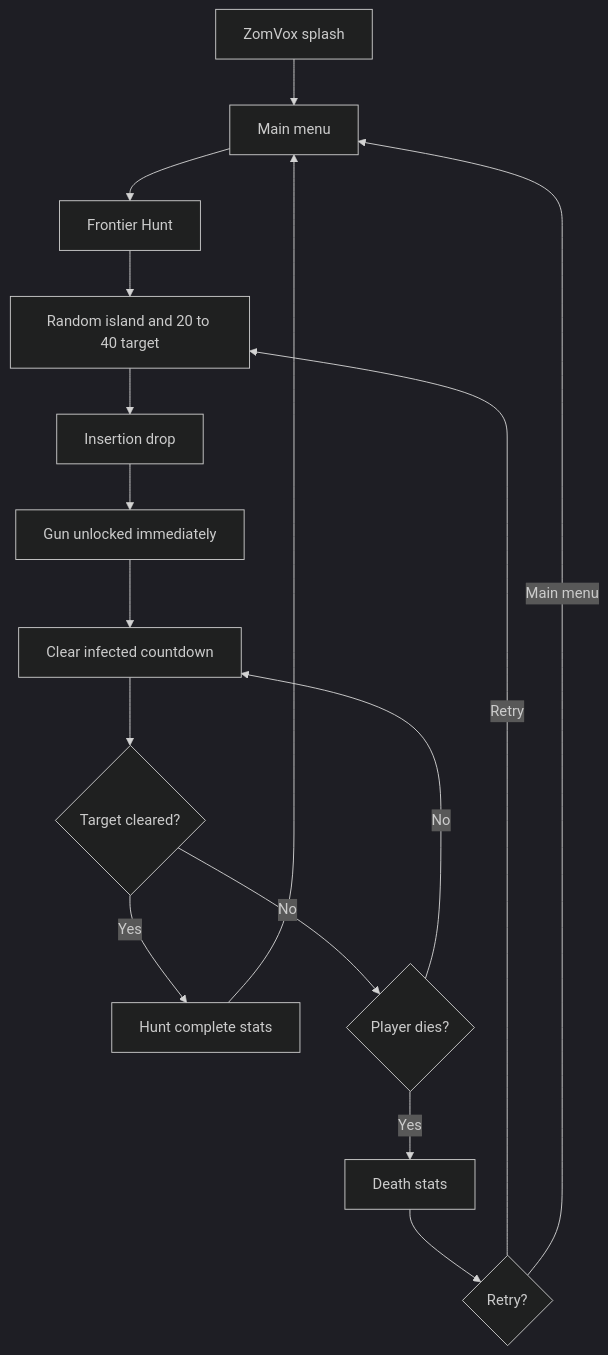
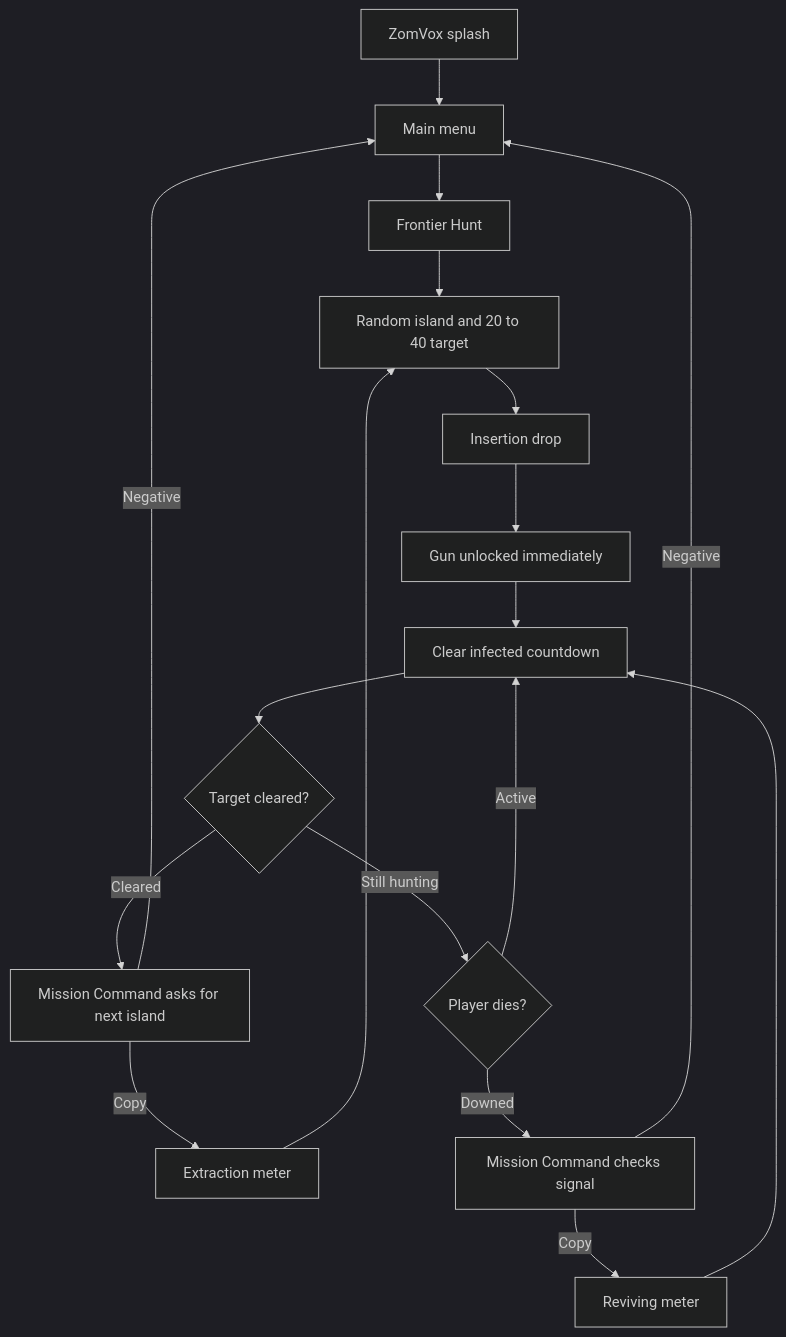
Before and after one commit to jayjonesvip/zomvox: the diagram in README.md, drawn with Mermaid (dark theme). The commit also changed other lines of this file and 4 other files, not shown here.

Commit message:
Polish mission command UI language

````diff
--- a/README.md
+++ b/README.md
@@ -58,18 +58,20 @@
 ```mermaid
 flowchart TD
     A[ZomVox splash] --> B[Main menu]
     B --> C[Frontier Hunt]
     C --> D[Random island and 20 to 40 target]
     D --> E[Insertion drop]
     E --> F[Gun unlocked immediately]
     F --> G[Clear infected countdown]
     G --> H{Target cleared?}
-    H -->|Yes| I[Hunt complete stats]
-    I --> B
-    H -->|No| J{Player dies?}
-    J -->|No| G
-    J -->|Yes| K[Death stats]
-    K --> L{Retry?}
-    L -->|Retry| D
-    L -->|Main menu| B
+    H -->|Cleared| I[Mission Command asks for next island]
+    I -->|Copy| M[Extraction meter]
+    M --> D
+    I -->|Negative| B
+    H -->|Still hunting| J{Player dies?}
+    J -->|Active| G
+    J -->|Downed| K[Mission Command checks signal]
+    K -->|Copy| L[Reviving meter]
+    L --> G
+    K -->|Negative| B
 ```
````
